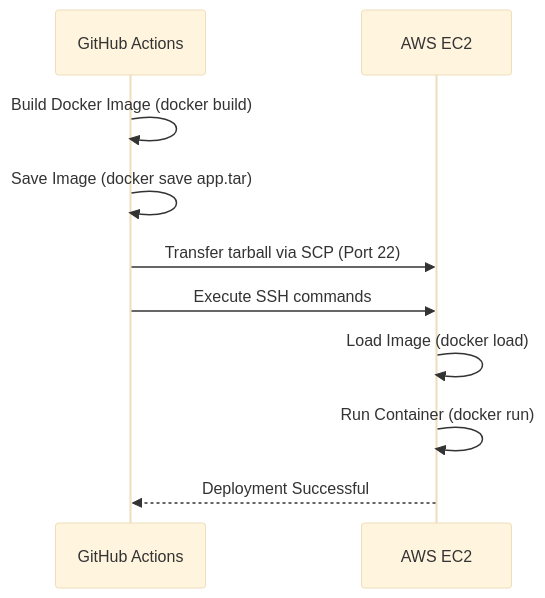
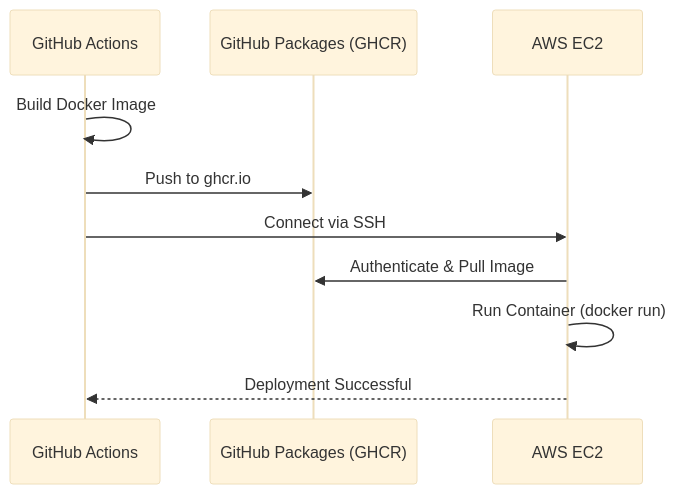
The third of 3 diagrams in README.md (yashchokhat/vertex-on-edge-cli), drawn with Mermaid (base theme) before and after one commit. The commit also changed other lines of this file and 2 other files, not shown here.

Commit message:
feat: migrate deployment architecture from SCP to GitHub Container Registry (ghcr.io) for robustness

````diff
--- a/README.md
+++ b/README.md
@@ -62,13 +62,13 @@
 ```mermaid
 sequenceDiagram
     participant GH as GitHub Actions
+    participant GHCR as GitHub Packages (GHCR)
     participant EC2 as AWS EC2
     
-    GH->>GH: Build Docker Image (docker build)
-    GH->>GH: Save Image (docker save app.tar)
-    GH->>EC2: Transfer tarball via SCP (Port 22)
-    GH->>EC2: Execute SSH commands
-    EC2->>EC2: Load Image (docker load)
+    GH->>GH: Build Docker Image
+    GH->>GHCR: Push to ghcr.io
+    GH->>EC2: Connect via SSH
+    EC2->>GHCR: Authenticate & Pull Image
     EC2->>EC2: Run Container (docker run)
     EC2-->>GH: Deployment Successful
 ```
````
